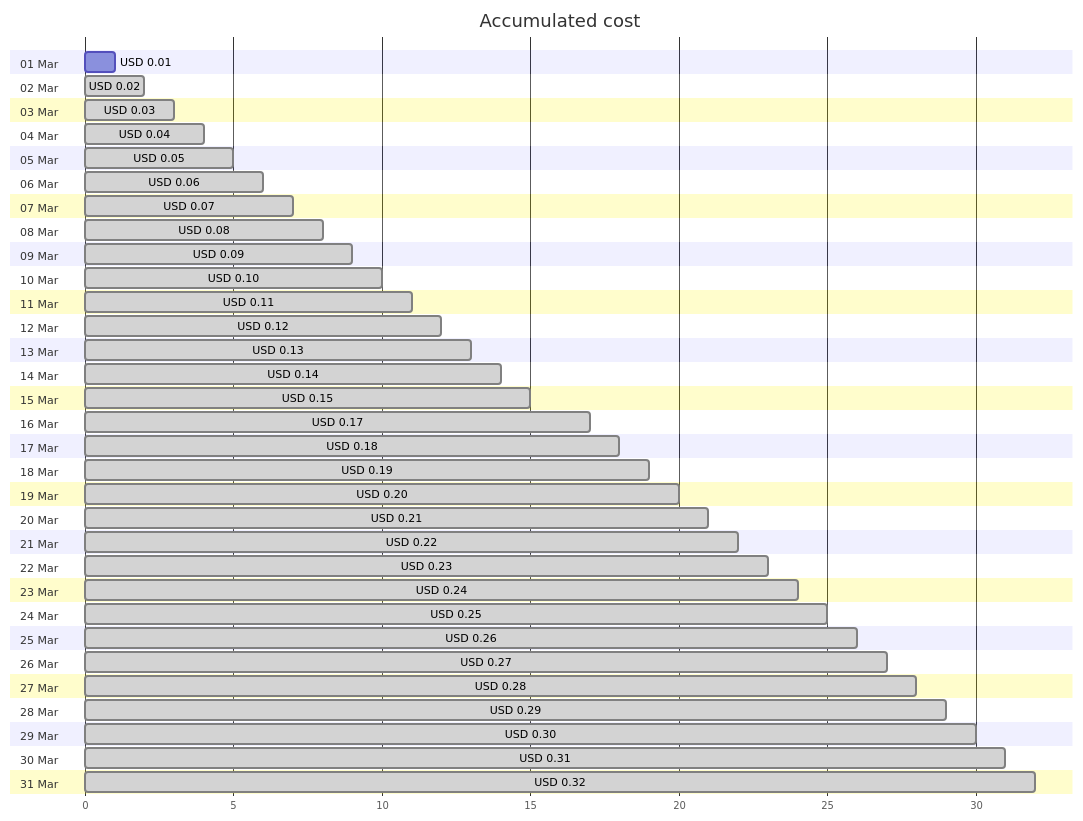
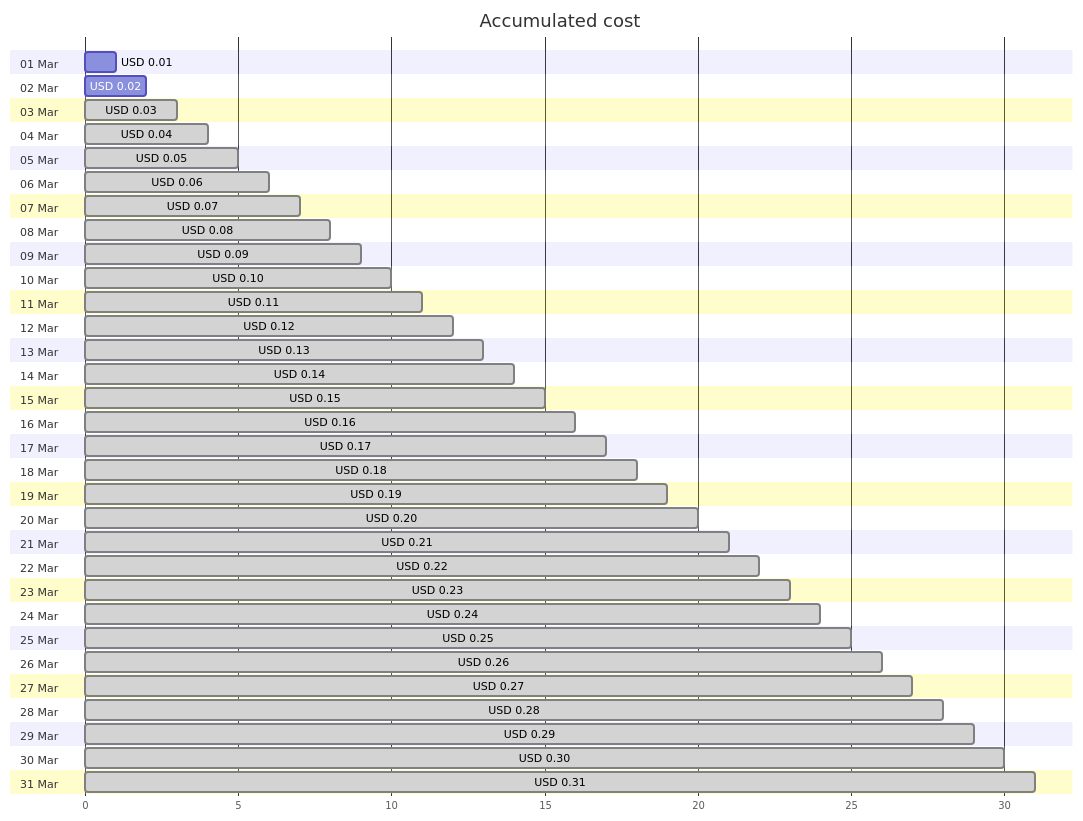
One commit to jpfulton/azure-personal-reports changed the first of 4 diagrams in cost-reports/cloud-shell-storage-eastus/cs2100300008c8d894b.md. Above: the diagram before and after it, drawn with Mermaid. The commit also changed other lines of this file and 1 other file, not shown here.

````diff
--- a/cost-reports/cloud-shell-storage-eastus/cs2100300008c8d894b.md
+++ b/cost-reports/cloud-shell-storage-eastus/cs2100300008c8d894b.md
@@ -20,68 +20,68 @@
 ```mermaid
 gantt
    title Accumulated cost
    dateFormat  X
    axisFormat %s
    section 01 Mar
    USD 0.01 :0, 1
    section 02 Mar
-   USD 0.02 : done, 0, 2
+   USD 0.02 :0, 2
    section 03 Mar
    USD 0.03 : done, 0, 3
    section 04 Mar
    USD 0.04 : done, 0, 4
    section 05 Mar
    USD 0.05 : done, 0, 5
    section 06 Mar
    USD 0.06 : done, 0, 6
    section 07 Mar
    USD 0.07 : done, 0, 7
    section 08 Mar
    USD 0.08 : done, 0, 8
    section 09 Mar
    USD 0.09 : done, 0, 9
    section 10 Mar
    USD 0.10 : done, 0, 10
    section 11 Mar
    USD 0.11 : done, 0, 11
    section 12 Mar
    USD 0.12 : done, 0, 12
    section 13 Mar
    USD 0.13 : done, 0, 13
    section 14 Mar
    USD 0.14 : done, 0, 14
    section 15 Mar
    USD 0.15 : done, 0, 15
    section 16 Mar
+   USD 0.16 : done, 0, 16
+   section 17 Mar
    USD 0.17 : done, 0, 17
-   section 17 Mar
+   section 18 Mar
    USD 0.18 : done, 0, 18
-   section 18 Mar
+   section 19 Mar
    USD 0.19 : done, 0, 19
-   section 19 Mar
+   section 20 Mar
    USD 0.20 : done, 0, 20
-   section 20 Mar
+   section 21 Mar
    USD 0.21 : done, 0, 21
-   section 21 Mar
+   section 22 Mar
    USD 0.22 : done, 0, 22
-   section 22 Mar
+   section 23 Mar
    USD 0.23 : done, 0, 23
-   section 23 Mar
+   section 24 Mar
    USD 0.24 : done, 0, 24
-   section 24 Mar
+   section 25 Mar
    USD 0.25 : done, 0, 25
-   section 25 Mar
+   section 26 Mar
    USD 0.26 : done, 0, 26
-   section 26 Mar
+   section 27 Mar
    USD 0.27 : done, 0, 27
-   section 27 Mar
+   section 28 Mar
    USD 0.28 : done, 0, 28
-   section 28 Mar
+   section 29 Mar
    USD 0.29 : done, 0, 29
-   section 29 Mar
+   section 30 Mar
    USD 0.30 : done, 0, 30
-   section 30 Mar
+   section 31 Mar
    USD 0.31 : done, 0, 31
-   section 31 Mar
-   USD 0.32 : done, 0, 32
 ```
````
